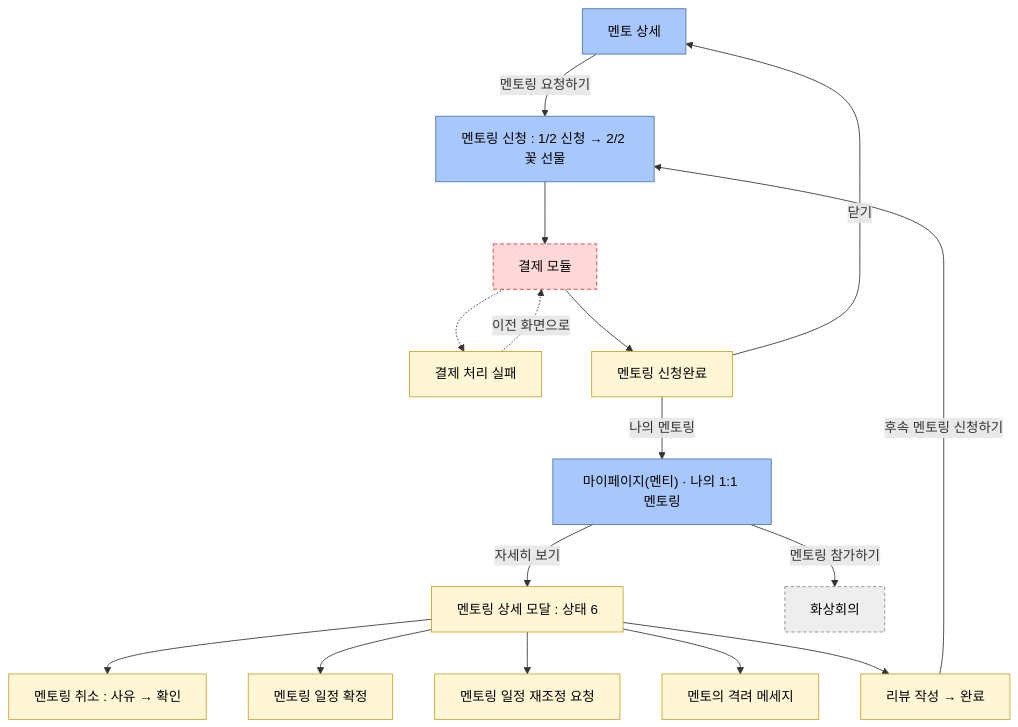
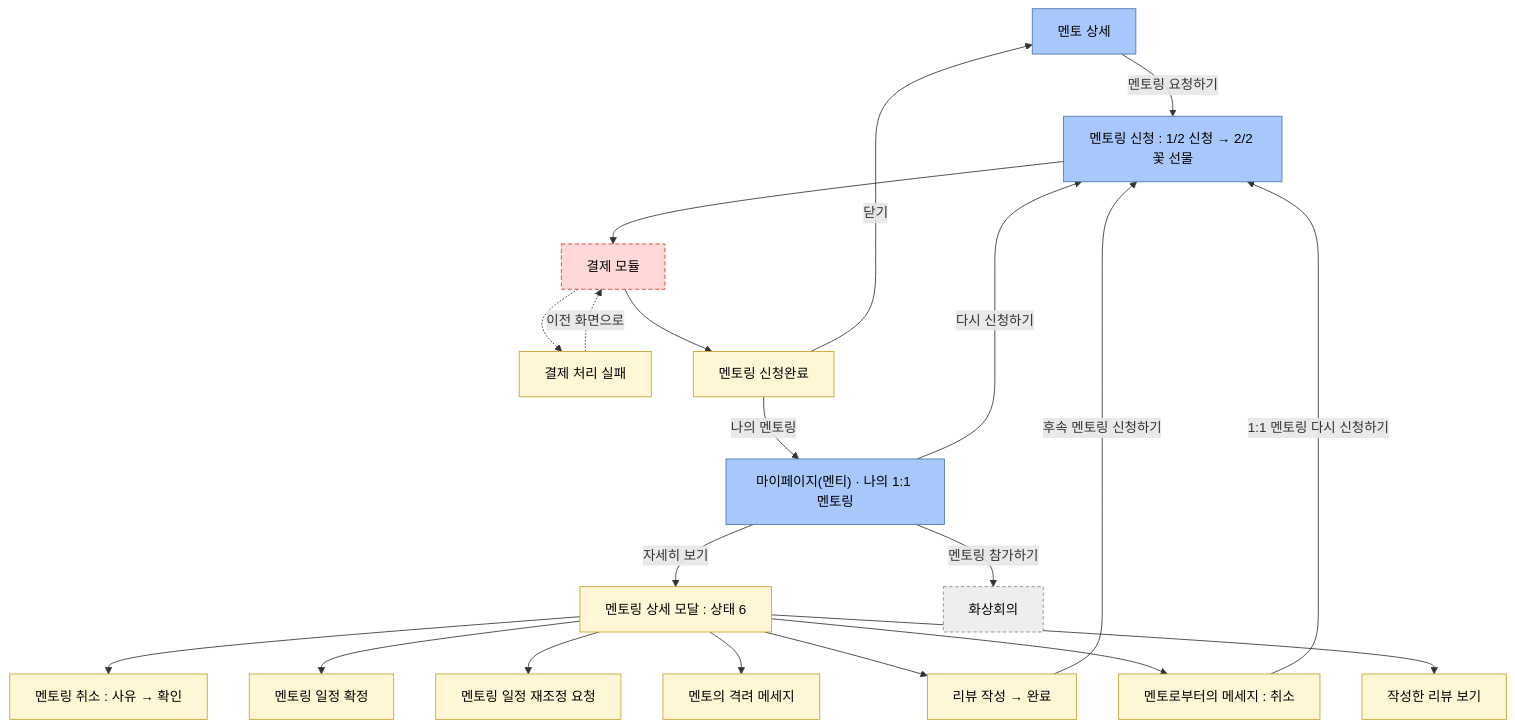
One commit to jisoo-y-mentree/mentree2-pd-fe changed the second of 4 diagrams in design/docs/transition-map.md. Above: the diagram before and after it, drawn with Mermaid. The commit also changed other lines of this file and 5 other files, not shown here.

First line of the commit message:
mypage-mentee · mypage-mentor: 「멘토링 카드 일람」(878:57647 · 878:57047)을 사양에 반영한다 — 완료 · 취소 카드와 메세지 모달 · 전이도 §2 · §3

````diff
--- a/design/docs/transition-map.md
+++ b/design/docs/transition-map.md
@@ -108,39 +108,45 @@
 ```mermaid
 flowchart TD
   mdet["멘토 상세"]
   ap["멘토링 신청 : 1/2 신청 → 2/2 꽃 선물"]
   pay["결제 모듈"]
   aperr["결제 처리 실패"]
   apdone["멘토링 신청완료"]
   mpe["마이페이지(멘티) · 나의 1:1 멘토링"]
   det["멘토링 상세 모달 : 상태 6"]
   cancel["멘토링 취소 : 사유 → 확인"]
   fix["멘토링 일정 확정"]
   resch["멘토링 일정 재조정 요청"]
   cheer["멘토의 격려 메세지"]
+  mmsg["멘토로부터의 메세지 : 취소"]
+  myrev["작성한 리뷰 보기"]
   review["리뷰 작성 → 완료"]
   meet["화상회의"]
 
   mdet -->|"멘토링 요청하기"| ap
   ap --> pay --> apdone
   pay -.-> aperr -.->|"이전 화면으로"| pay
   apdone -->|"나의 멘토링"| mpe
   apdone -->|"닫기"| mdet
   mpe -->|"자세히 보기"| det
   det --> cancel
   det --> fix
   det --> resch
   det --> cheer
   det --> review
+  det --> mmsg
+  det --> myrev
+  mmsg -->|"1:1 멘토링 다시 신청하기"| ap
+  mpe -->|"다시 신청하기"| ap
   review -->|"후속 멘토링 신청하기"| ap
   mpe -->|"멘토링 참가하기"| meet
 
   classDef s fill:#a8c7fa,stroke:#4a76ad,color:#000
   classDef m fill:#fff6d6,stroke:#c9a227,color:#000
   classDef x fill:#eeeeee,stroke:#888888,stroke-dasharray:4 3,color:#000
   classDef q fill:#ffd9d9,stroke:#dd3333,stroke-dasharray:5 3,color:#000
   class mdet,ap,mpe s
-  class apdone,det,cancel,fix,resch,cheer,review,aperr m
+  class apdone,det,cancel,fix,resch,cheer,review,aperr,mmsg,myrev m
   class pay q
   class meet x
 ```
````
